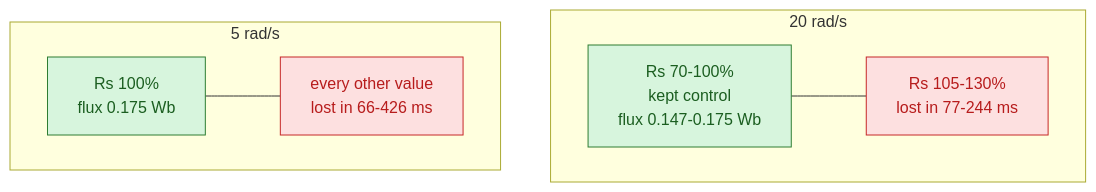
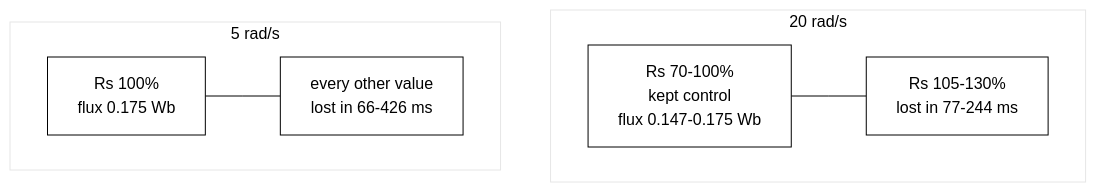
Before and after one commit to kunalkushwahatg/Direct-torque-control-of-PMSM-motor: the first of 2 diagrams in experiments/exp03_rs_boundary/README.md, drawn with Mermaid. The commit also changed other lines of this file and 6 other files, not shown here.

Commit message:
Make Mermaid diagrams monochrome with straight edges

````diff
--- a/experiments/exp03_rs_boundary/README.md
+++ b/experiments/exp03_rs_boundary/README.md
@@ -21,15 +21,12 @@
 ```mermaid
+%%{init: {'theme': 'base', 'themeVariables': {'primaryColor': '#ffffff', 'primaryTextColor': '#000000', 'primaryBorderColor': '#000000', 'lineColor': '#000000', 'secondaryColor': '#ffffff', 'tertiaryColor': '#ffffff', 'fontFamily': 'Helvetica'}, 'flowchart': {'curve': 'linear'}} }%%
 flowchart TB
     subgraph S20["20 rad/s"]
         direction LR
         A["Rs 70-100%<br/>kept control<br/>flux 0.147-0.175 Wb"] --- B["Rs 105-130%<br/>lost in 77-244 ms"]
     end
     subgraph S5["5 rad/s"]
         direction LR
         C["Rs 100%<br/>flux 0.175 Wb"] --- D["every other value<br/>lost in 66-426 ms"]
     end
-    classDef ok fill:#d7f5dd,stroke:#2e7d32,color:#1b5e20;
-    classDef bad fill:#fde0e0,stroke:#c62828,color:#b71c1c;
-    class A,C ok;
-    class B,D bad;
 ```
````
